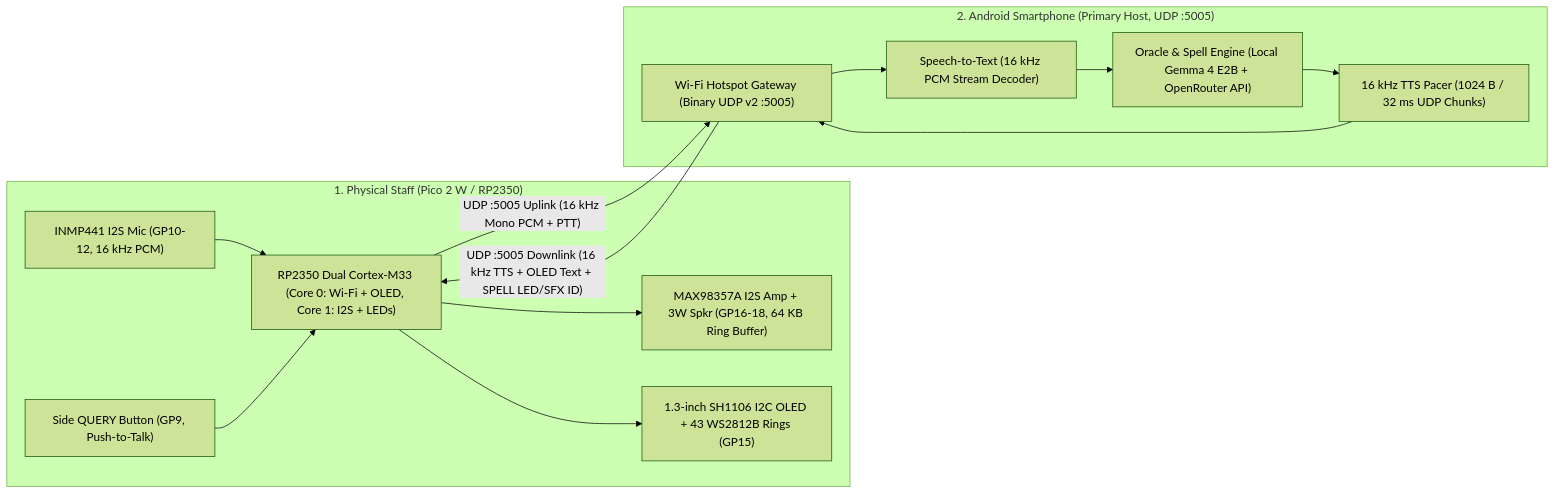
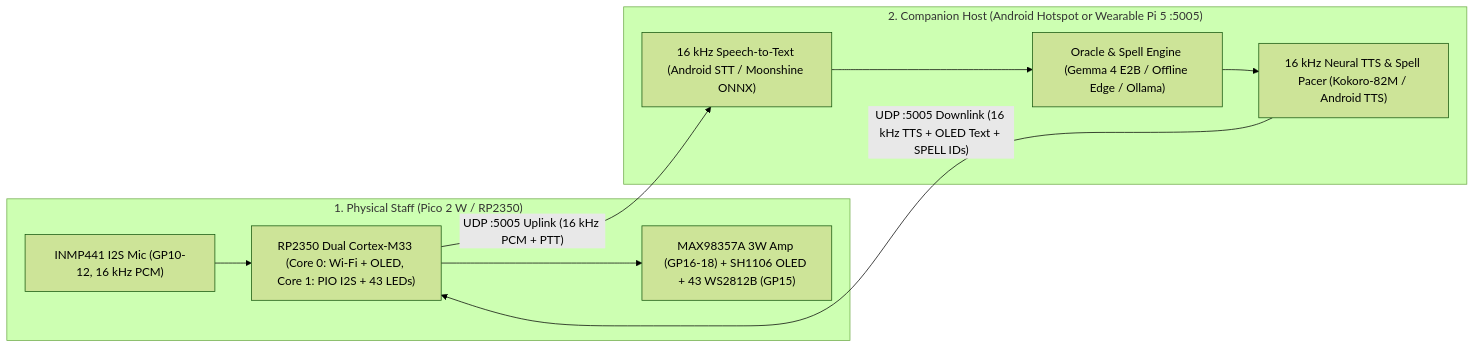
The first of 3 diagrams in README.md (DerAndr/celestial_engine_project), drawn with Mermaid (forest theme) before and after one commit. The commit also changed other lines of this file and 8 other files, not shown here.

````diff
--- a/README.md
+++ b/README.md
@@ -49,25 +44,19 @@
 ```mermaid
 flowchart LR
     subgraph STAFF["1. Physical Staff (Pico 2 W / RP2350)"]
         MIC["INMP441 I2S Mic (GP10-12, 16 kHz PCM)"]
-        PTT["Side QUERY Button (GP9, Push-to-Talk)"]
-        MCU["RP2350 Dual Cortex-M33 (Core 0: Wi-Fi + OLED, Core 1: I2S + LEDs)"]
-        SPK["MAX98357A I2S Amp + 3W Spkr (GP16-18, 64 KB Ring Buffer)"]
-        HUD["1.3-inch SH1106 I2C OLED + 43 WS2812B Rings (GP15)"]
-        MIC --> MCU
-        PTT --> MCU
-        MCU --> SPK
-        MCU --> HUD
+        MCU["RP2350 Dual Cortex-M33 (Core 0: Wi-Fi + OLED, Core 1: PIO I2S + 43 LEDs)"]
+        OUT["MAX98357A 3W Amp (GP16-18) + SH1106 OLED + 43 WS2812B (GP15)"]
+        MIC --> MCU --> OUT
     end
 
-    subgraph PHONE["2. Android Smartphone (Primary Host, UDP :5005)"]
-        HOTSPOT["Wi-Fi Hotspot Gateway (Binary UDP v2 :5005)"]
-        STT["Speech-to-Text (16 kHz PCM Stream Decoder)"]
-        LLM["Oracle & Spell Engine (Local Gemma 4 E2B + OpenRouter API)"]
-        TTS["16 kHz TTS Pacer (1024 B / 32 ms UDP Chunks)"]
-        HOTSPOT --> STT --> LLM --> TTS --> HOTSPOT
+    subgraph HOST["2. Companion Host (Android Hotspot or Wearable Pi 5 :5005)"]
+        STT["16 kHz Speech-to-Text (Android STT / Moonshine ONNX)"]
+        LLM["Oracle & Spell Engine (Gemma 4 E2B / Offline Edge / Ollama)"]
+        TTS["16 kHz Neural TTS & Spell Pacer (Kokoro-82M / Android TTS)"]
+        STT --> LLM --> TTS
     end
 
-    MCU -- "UDP :5005 Uplink (16 kHz Mono PCM + PTT)" --> HOTSPOT
-    HOTSPOT -- "UDP :5005 Downlink (16 kHz TTS + OLED Text + SPELL LED/SFX ID)" --> MCU
+    MCU -- "UDP :5005 Uplink (16 kHz PCM + PTT)" --> STT
+    TTS -- "UDP :5005 Downlink (16 kHz TTS + OLED Text + SPELL IDs)" --> MCU
 ```
````
